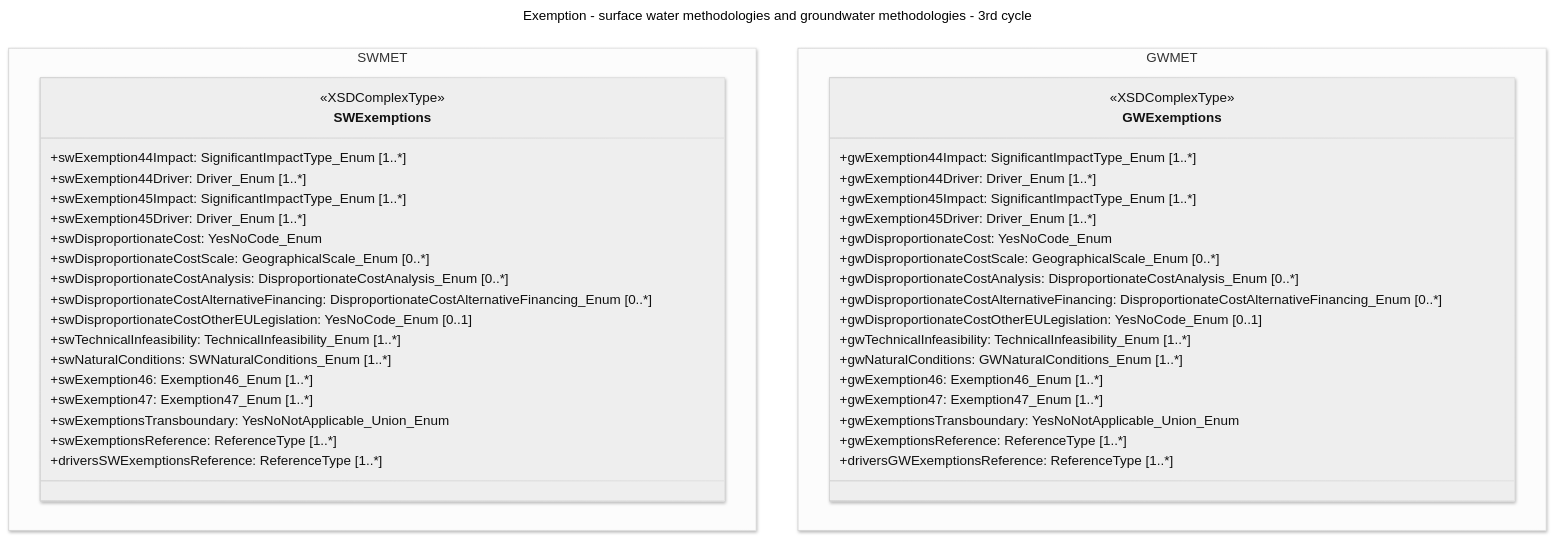
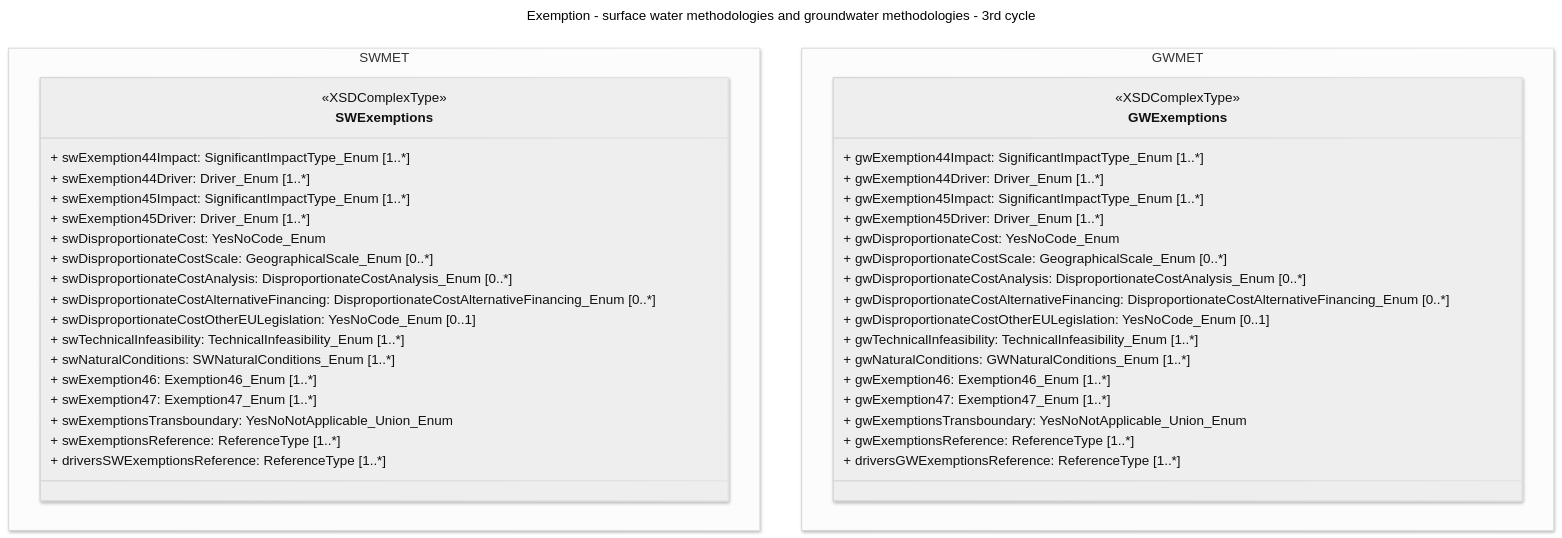
The first of 12 diagrams in docs/DataModelReview/WFDExemptions.md (eeadata/WISE.WFD.Documentation), drawn with Mermaid before and after one commit. The commit also changed other lines of this file and 2 other files, not shown here.

````diff
--- a/docs/DataModelReview/WFDExemptions.md
+++ b/docs/DataModelReview/WFDExemptions.md
@@ -10,56 +12,56 @@
 ```mermaid
 ---
 config:
   class:
     hideEmptyMembersBox: true
   layout: dagre
   theme: neutral
   look: neo
 title: Exemption - surface water methodologies and groundwater methodologies - 3rd cycle 
 ---
 
 classDiagram 
 namespace SWMET{
 class SWExemptions <<XSDComplexType>> {
   <<XSElement>>
-  +swExemption44Impact: SignificantImpactType_Enum [1..*]
-  +swExemption44Driver: Driver_Enum [1..*]
-  +swExemption45Impact: SignificantImpactType_Enum [1..*]
-  +swExemption45Driver: Driver_Enum [1..*]
-  +swDisproportionateCost: YesNoCode_Enum
-  +swDisproportionateCostScale: GeographicalScale_Enum [0..*]
-  +swDisproportionateCostAnalysis: DisproportionateCostAnalysis_Enum [0..*]
-  +swDisproportionateCostAlternativeFinancing: DisproportionateCostAlternativeFinancing_Enum [0..*]
-  +swDisproportionateCostOtherEULegislation: YesNoCode_Enum [0..1]
-  +swTechnicalInfeasibility: TechnicalInfeasibility_Enum [1..*]
-  +swNaturalConditions: SWNaturalConditions_Enum [1..*]
-  +swExemption46: Exemption46_Enum [1..*]
-  +swExemption47: Exemption47_Enum [1..*]
-  +swExemptionsTransboundary: YesNoNotApplicable_Union_Enum
-  +swExemptionsReference: ReferenceType [1..*]
-  +driversSWExemptionsReference: ReferenceType [1..*]
+  + swExemption44Impact: SignificantImpactType_Enum [1..*]
+  + swExemption44Driver: Driver_Enum [1..*]
+  + swExemption45Impact: SignificantImpactType_Enum [1..*]
+  + swExemption45Driver: Driver_Enum [1..*]
+  + swDisproportionateCost: YesNoCode_Enum
+  + swDisproportionateCostScale: GeographicalScale_Enum [0..*]
+  + swDisproportionateCostAnalysis: DisproportionateCostAnalysis_Enum [0..*]
+  + swDisproportionateCostAlternativeFinancing: DisproportionateCostAlternativeFinancing_Enum [0..*]
+  + swDisproportionateCostOtherEULegislation: YesNoCode_Enum [0..1]
+  + swTechnicalInfeasibility: TechnicalInfeasibility_Enum [1..*]
+  + swNaturalConditions: SWNaturalConditions_Enum [1..*]
+  + swExemption46: Exemption46_Enum [1..*]
+  + swExemption47: Exemption47_Enum [1..*]
+  + swExemptionsTransboundary: YesNoNotApplicable_Union_Enum
+  + swExemptionsReference: ReferenceType [1..*]
+  + driversSWExemptionsReference: ReferenceType [1..*]
 }
 }
 namespace GWMET{
 class GWExemptions <<XSDComplexType>> {
   <<XSDElement>>
-  +gwExemption44Impact: SignificantImpactType_Enum [1..*]
-  +gwExemption44Driver: Driver_Enum [1..*]
-  +gwExemption45Impact: SignificantImpactType_Enum [1..*]
-  +gwExemption45Driver: Driver_Enum [1..*]
-  +gwDisproportionateCost: YesNoCode_Enum
-  +gwDisproportionateCostScale: GeographicalScale_Enum [0..*]
-  +gwDisproportionateCostAnalysis: DisproportionateCostAnalysis_Enum [0..*]
-  +gwDisproportionateCostAlternativeFinancing: DisproportionateCostAlternativeFinancing_Enum [0..*]
-  +gwDisproportionateCostOtherEULegislation: YesNoCode_Enum [0..1]
-  +gwTechnicalInfeasibility: TechnicalInfeasibility_Enum [1..*]
-  +gwNaturalConditions: GWNaturalConditions_Enum [1..*]
-  +gwExemption46: Exemption46_Enum [1..*]
-  +gwExemption47: Exemption47_Enum [1..*]
-  +gwExemptionsTransboundary: YesNoNotApplicable_Union_Enum
-  +gwExemptionsReference: ReferenceType [1..*]
-  +driversGWExemptionsReference: ReferenceType [1..*]
+  + gwExemption44Impact: SignificantImpactType_Enum [1..*]
+  + gwExemption44Driver: Driver_Enum [1..*]
+  + gwExemption45Impact: SignificantImpactType_Enum [1..*]
+  + gwExemption45Driver: Driver_Enum [1..*]
+  + gwDisproportionateCost: YesNoCode_Enum
+  + gwDisproportionateCostScale: GeographicalScale_Enum [0..*]
+  + gwDisproportionateCostAnalysis: DisproportionateCostAnalysis_Enum [0..*]
+  + gwDisproportionateCostAlternativeFinancing: DisproportionateCostAlternativeFinancing_Enum [0..*]
+  + gwDisproportionateCostOtherEULegislation: YesNoCode_Enum [0..1]
+  + gwTechnicalInfeasibility: TechnicalInfeasibility_Enum [1..*]
+  + gwNaturalConditions: GWNaturalConditions_Enum [1..*]
+  + gwExemption46: Exemption46_Enum [1..*]
+  + gwExemption47: Exemption47_Enum [1..*]
+  + gwExemptionsTransboundary: YesNoNotApplicable_Union_Enum
+  + gwExemptionsReference: ReferenceType [1..*]
+  + driversGWExemptionsReference: ReferenceType [1..*]
 }
 }
 
 ```
````
